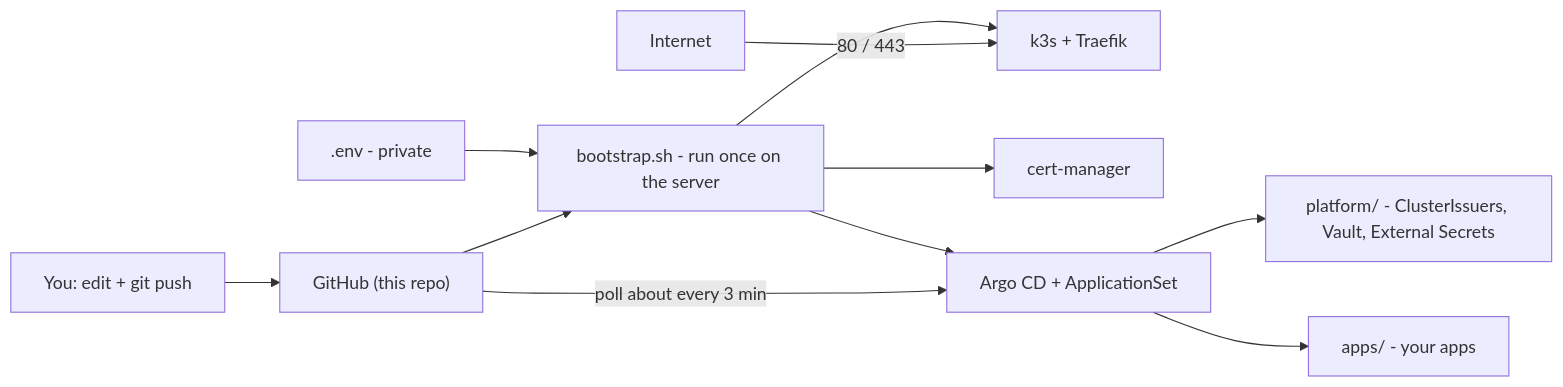
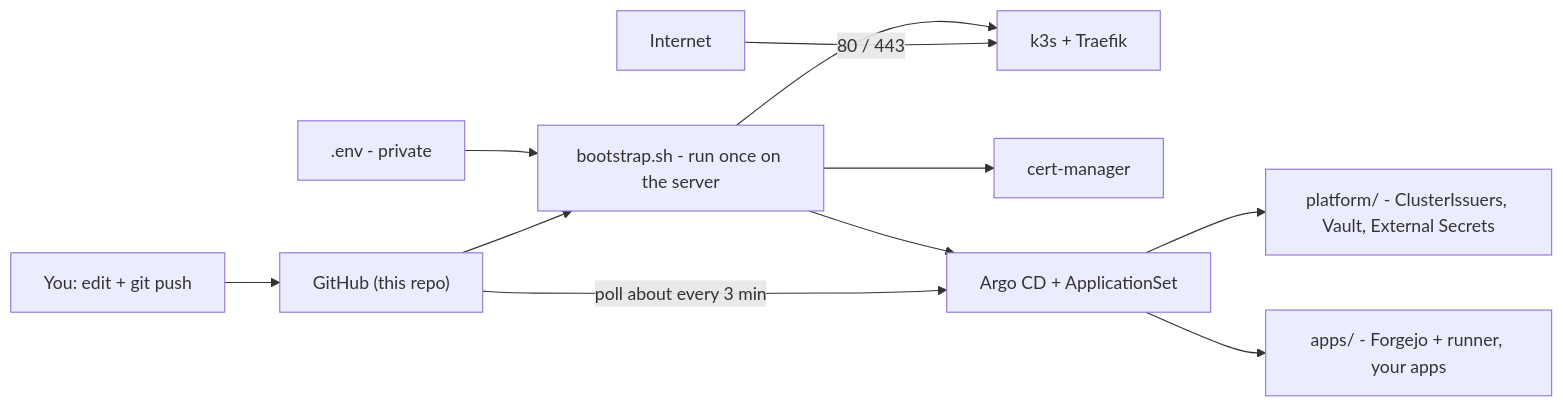
Before and after one commit to Elouel/homelab: the diagram in README.md, drawn with Mermaid. The commit also changed other lines of this file and 16 other files, not shown here.

First line of the commit message:
apps: add forgejo with Forgejo Actions and a Docker-in-Docker runner

````diff
--- a/README.md
+++ b/README.md
@@ -7,13 +7,13 @@
 ```mermaid
 flowchart LR
   DEV["You: edit + git push"] --> GH["GitHub (this repo)"]
   ENV[".env - private"] --> BS["bootstrap.sh - run once on the server"]
   GH --> BS
   BS --> K3S["k3s + Traefik"]
   BS --> CM["cert-manager"]
   BS --> AR["Argo CD + ApplicationSet"]
   GH -->|"poll about every 3 min"| AR
   AR --> P["platform/ - ClusterIssuers, Vault, External Secrets"]
-  AR --> A["apps/ - your apps"]
+  AR --> A["apps/ - Forgejo + runner, your apps"]
   U["Internet"] -->|"80 / 443"| K3S
 ```
````
